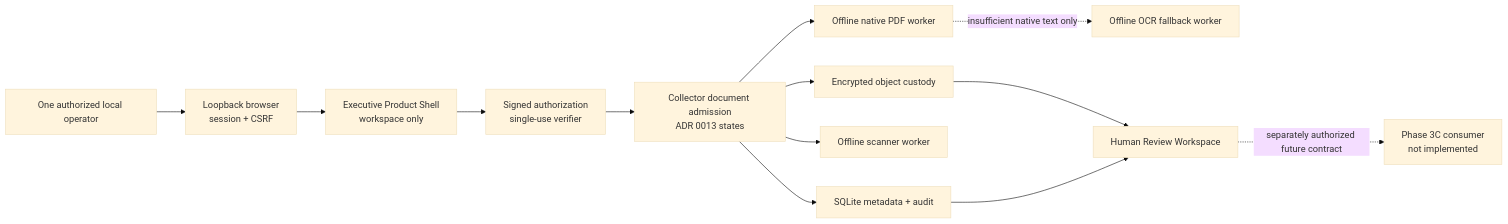
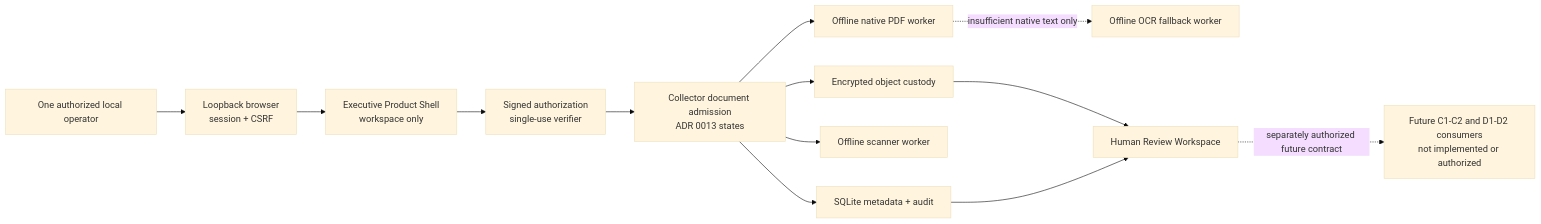
Before and after one commit to matthewart100-sys/project-jebediah: the diagram in docs/ORGANIZATIONAL_INTELLIGENCE_PHASE_3B_GOVERNED_INTAKE_PLAN.md, drawn with Mermaid (base theme). The commit also changed other lines of this file and 30 other files, not shown here.

````diff
--- a/docs/ORGANIZATIONAL_INTELLIGENCE_PHASE_3B_GOVERNED_INTAKE_PLAN.md
+++ b/docs/ORGANIZATIONAL_INTELLIGENCE_PHASE_3B_GOVERNED_INTAKE_PLAN.md
@@ -503,26 +517,26 @@
 ```mermaid
 flowchart LR
     Human["One authorized local operator"]
     Browser["Loopback browser\nsession + CSRF"]
     Shell["Executive Product Shell\nworkspace only"]
     Auth["Signed authorization\nsingle-use verifier"]
     Admission["Collector document admission\nADR 0013 states"]
     Objects["Encrypted object custody"]
     Metadata["SQLite metadata + audit"]
     Scanner["Offline scanner worker"]
     Native["Offline native PDF worker"]
     OCR["Offline OCR fallback worker"]
     Review["Human Review Workspace"]
-    Future["Phase 3C consumer\nnot implemented"]
+    Future["Future C1-C2 and D1-D2 consumers\nnot implemented or authorized"]
 
     Human --> Browser --> Shell
     Shell --> Auth --> Admission
     Admission --> Objects
     Admission --> Metadata
     Admission --> Scanner
     Admission --> Native
     Native -.->|"insufficient native text only"| OCR
     Objects --> Review
     Metadata --> Review
     Review -.->|"separately authorized future contract"| Future
 ```
````
